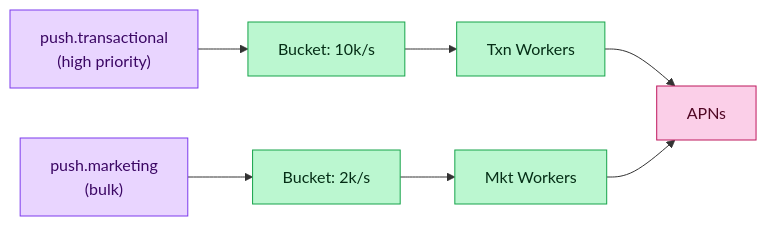
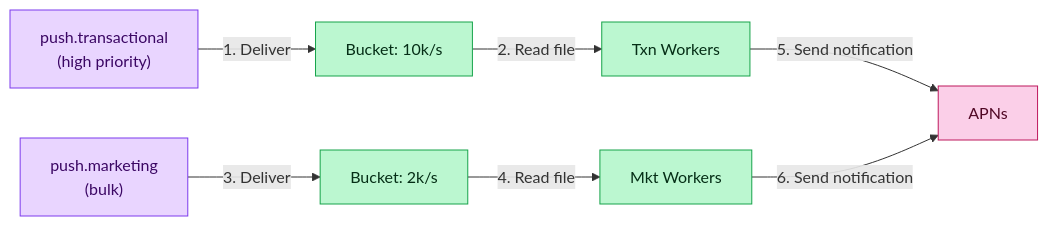
Before and after one commit to iluzn/HLD-Designs: the seventh of 16 diagrams in content/hld/NotificationSystem.md, drawn with Mermaid. The commit also changed other lines of this file and 27 other files, not shown here.

````diff
--- a/content/hld/NotificationSystem.md
+++ b/content/hld/NotificationSystem.md
@@ -568,21 +568,21 @@
 ```mermaid
 flowchart LR
     KAFKA1["push.transactional<br/>(high priority)"]:::async
     KAFKA2["push.marketing<br/>(bulk)"]:::async
     BUCKET1["Bucket: 10k/s"]:::service
     BUCKET2["Bucket: 2k/s"]:::service
     WORKERS1["Txn Workers"]:::service
     WORKERS2["Mkt Workers"]:::service
     APNS["APNs"]:::external
 
-    KAFKA1 --> BUCKET1
-    BUCKET1 --> WORKERS1
-    KAFKA2 --> BUCKET2
-    BUCKET2 --> WORKERS2
-    WORKERS1 --> APNS
-    WORKERS2 --> APNS
+    KAFKA1 -->|"1. Deliver"| BUCKET1
+    BUCKET1 -->|"2. Read file"| WORKERS1
+    KAFKA2 -->|"3. Deliver"| BUCKET2
+    BUCKET2 -->|"4. Read file"| WORKERS2
+    WORKERS1 -->|"5. Send notification"| APNS
+    WORKERS2 -->|"6. Send notification"| APNS
 
     classDef service fill:#bbf7d0,stroke:#16a34a,color:#052e16
     classDef async fill:#e9d5ff,stroke:#7c3aed,color:#3b0764
     classDef external fill:#fbcfe8,stroke:#be185d,color:#500724
 ```
````
